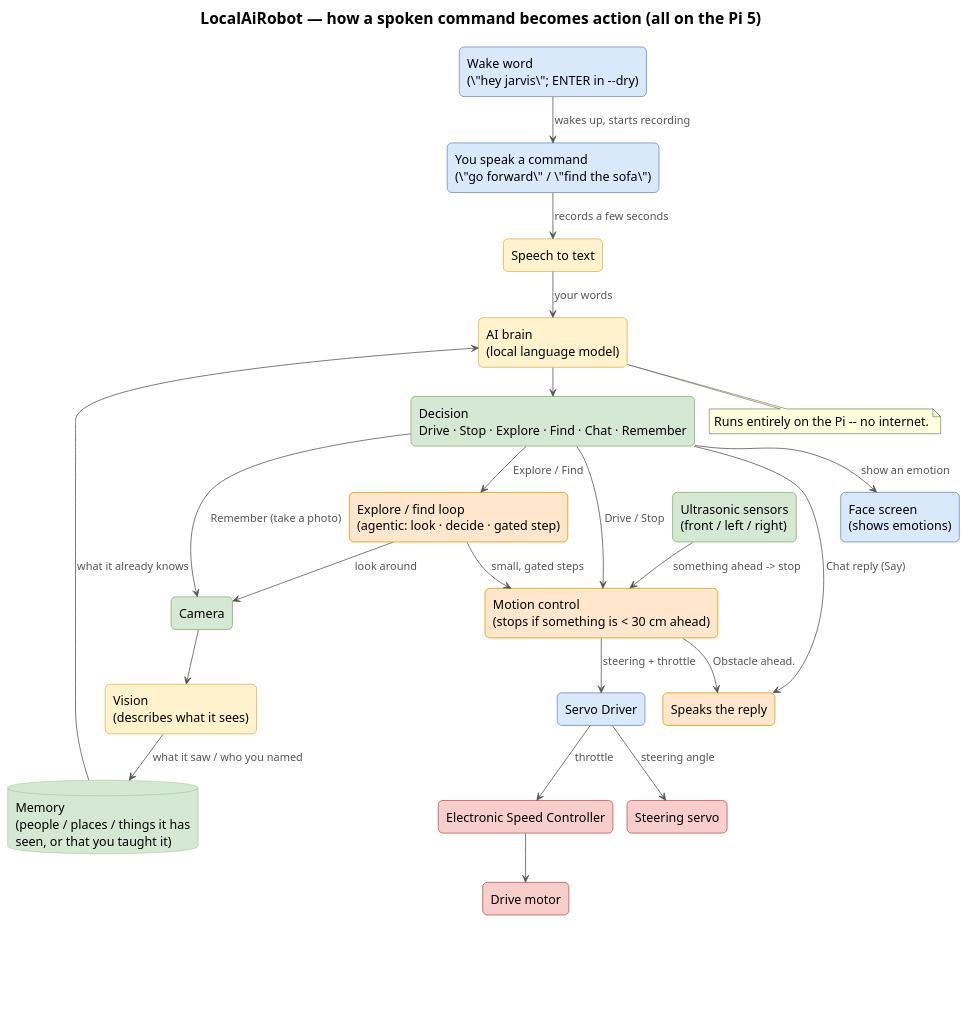
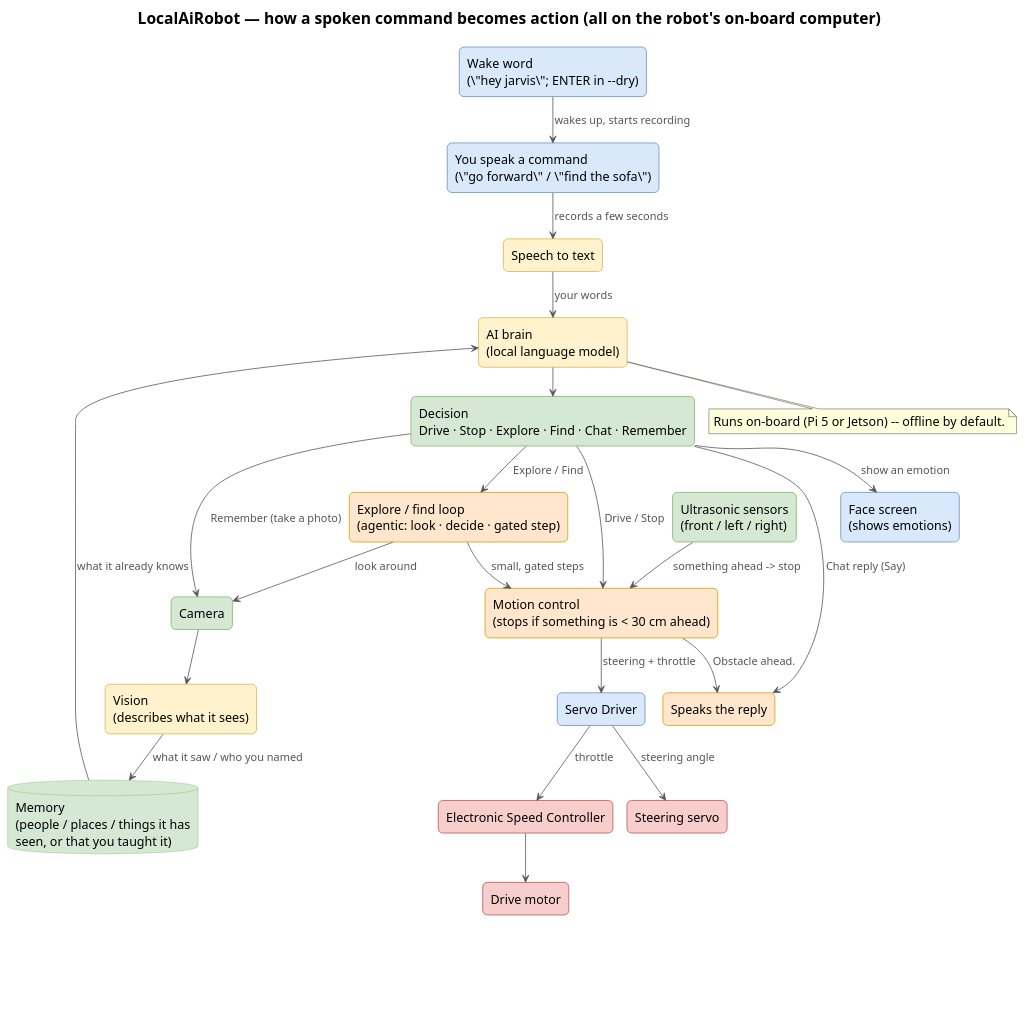
One commit to shen747/LocalAiRobot changed the diagram in docs/images/basic_control_flow.puml. Above: the diagram before and after it, drawn with PlantUML. The commit also changed 5 other files, not shown here.

Commit message:
Document Jetson dual-board support (config/README/assembly) and make the control-flow + wiring diagrams board-neutral

```diff
--- a/docs/images/basic_control_flow.puml
+++ b/docs/images/basic_control_flow.puml
@@ -1,107 +1,107 @@
 @startuml basic_control_flow
-' LocalAiRobot — how a spoken command becomes action (everything runs on the Pi 5).
+' LocalAiRobot — how a spoken command becomes action (everything runs on the on-board computer: Pi 5 / Jetson).
 ' This source lives next to its render. Regenerate in place (writes basic_control_flow.png here):
 '   plantuml -tpng docs/images/basic_control_flow.puml
 ' No Graphviz needed: !pragma layout smetana uses PlantUML's pure-Java layout engine.
 '
 ' Deliberately plain-English labels (no part numbers / bus jargon). Stages read TOP-TO-BOTTOM and are
 ' grouped by COLOUR, not by boxes: smetana crashes (IllegalStateException in mincross) on nested
 ' "rectangle { }" containers once edges cross between them. Real boxed groups would need Graphviz.
 '   COLOUR KEY:  blue = you / audio in   yellow = the AI   green = data it works with
 '                orange = control logic   red = the motors/wheels
 !pragma layout smetana
 hide stereotype
-title LocalAiRobot — how a spoken command becomes action (all on the Pi 5)
+title LocalAiRobot — how a spoken command becomes action (all on the robot's on-board computer)
 
 skinparam backgroundColor white
 skinparam shadowing false
 skinparam defaultFontName Helvetica
 skinparam defaultFontSize 16
 skinparam TitleFontSize 20
 skinparam ArrowColor #555555
 skinparam ArrowFontColor #555555
 skinparam ArrowFontSize 14
 skinparam databaseBackgroundColor #D5E8D4
 skinparam databaseBorderColor #82B366
 skinparam rectangle {
   RoundCorner 12
   FontSize 16
   BorderThickness 1
   BackgroundColor<<io>> #DAE8FC
   BorderColor<<io>> #6C8EBF
   BackgroundColor<<model>> #FFF2CC
   BorderColor<<model>> #D6B656
   BackgroundColor<<data>> #D5E8D4
   BorderColor<<data>> #82B366
   BackgroundColor<<motor>> #F8CECC
   BorderColor<<motor>> #B85450
   BackgroundColor<<proc>> #FFE6CC
   BorderColor<<proc>> #D79B00
   BackgroundColor<<pad>> #FFFFFF
   BorderColor<<pad>> #FFFFFF
 }
 top to bottom direction
 
 ' ---------- 1. LISTEN (blue): the wake word comes first, THEN you speak ----------
 rectangle "Wake word\n(\"hey jarvis\"; ENTER in --dry)" as wake <<io>>
 rectangle "You speak a command\n(\"go forward\" / \"find the sofa\")" as voice <<io>>
 rectangle "Speech to text" as stt <<model>>
 
 ' ---------- 2. THINK (yellow = AI, green = data) ----------
 rectangle "AI brain\n(local language model)" as brain <<model>>
 database "Memory\n(people / places / things it has\nseen, or that you taught it)" as mem
 rectangle "Decision\nDrive · Stop · Explore · Find · Chat · Remember" as decision <<data>>
 
 ' ---------- 3. SEE (green) ----------
 rectangle "Camera" as cam <<data>>
 rectangle "Vision\n(describes what it sees)" as vision <<model>>
 
 ' ---------- 4. ACT (orange = control, red = motors) ----------
 rectangle "Explore / find loop\n(agentic: look · decide · gated step)" as explore <<proc>>
 rectangle "Ultrasonic sensors\n(front / left / right)" as sensors <<data>>
 rectangle "Motion control\n(stops if something is < 30 cm ahead)" as motion <<proc>>
 rectangle "Servo Driver" as servodrv <<io>>
 rectangle "Electronic Speed Controller" as esc <<motor>>
 rectangle "Drive motor" as dmotor <<motor>>
 rectangle "Steering servo" as servo <<motor>>
 
 ' ---------- 5. RESPOND (blue / orange) ----------
 rectangle "Speaks the reply" as tts <<proc>>
 rectangle "Face screen\n(shows emotions)" as face <<io>>
 
 ' ---------- the main path: wake word -> you talk -> it understands -> it decides ----------
 wake --> voice : wakes up, starts recording
 voice --> stt : records a few seconds
 stt --> brain : your words
 mem --> brain : what it already knows
 brain --> decision
 
 ' ---------- what the decision leads to ----------
 decision --> motion : Drive / Stop
 decision --> explore : Explore / Find
 decision --> cam : Remember (take a photo)
 decision --> tts : Chat reply (Say)
 decision --> face : show an emotion
 
 ' ---------- seeing + remembering ----------
 cam --> vision
 vision --> mem : what it saw / who you named
 explore --> cam : look around
 explore --> motion : small, gated steps
 
 ' ---------- driving the wheels ----------
 sensors --> motion : something ahead -> stop
 motion --> tts : "Obstacle ahead."
 motion --> servodrv : steering + throttle
 servodrv --> esc : throttle
 esc --> dmotor
 servodrv --> servo : steering angle
 
 ' blank, invisible box (white-on-white) to leave breathing room below the last box (Drive motor)
 rectangle " \n \n " as pad <<pad>>
 dmotor -[hidden]-> pad
 
 note bottom of brain
-  Runs entirely on the Pi -- no internet.
+  Runs on-board (Pi 5 or Jetson) -- offline by default.
 end note
 @enduml
```
